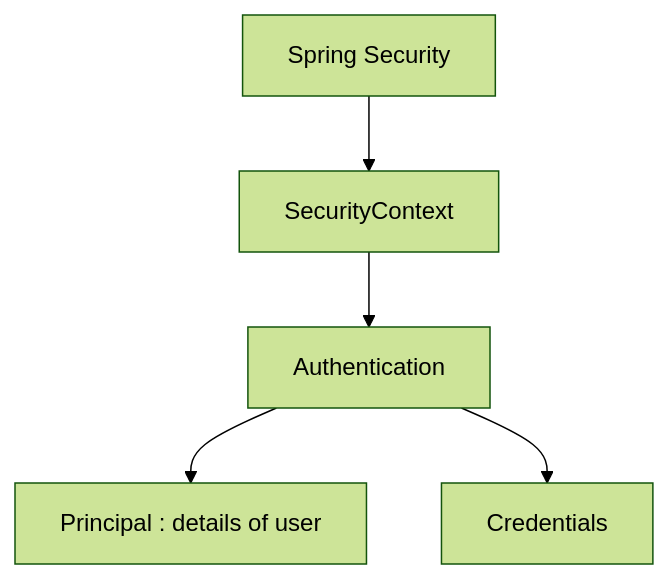
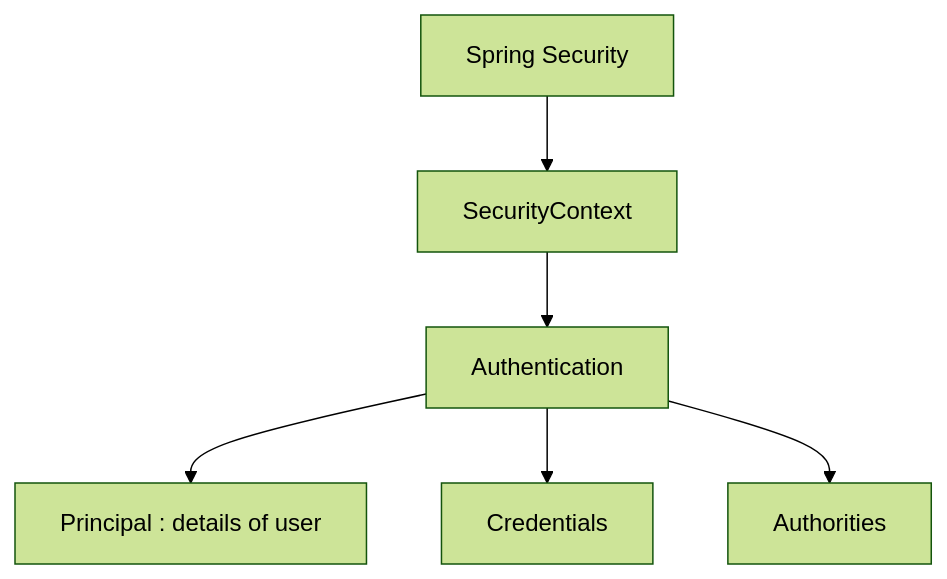
The second of 3 diagrams in Readme.md (Arannamoy-Mondal/Spring_Boot), drawn with Mermaid (forest theme) before and after one commit.

````diff
--- a/Readme.md
+++ b/Readme.md
@@ -739,7 +739,8 @@
 ```mermaid
 graph TD;
 A[Spring Security] --> B[SecurityContextHolder]
 B[SecurityContext]-->C[Authentication]
 C[Authentication]-->D[Principal : details of user]
 C[Authentication] --> E[Credentials]
+C[Authentication] --> F[Authorities]
 ```
````
